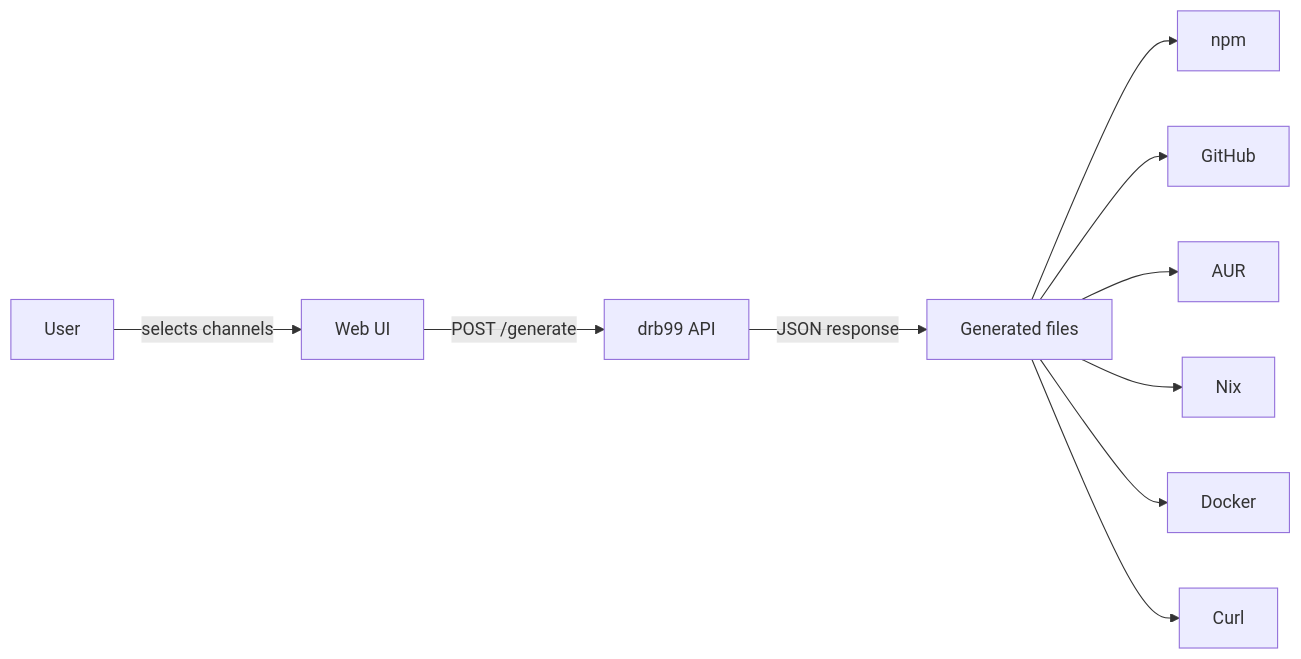
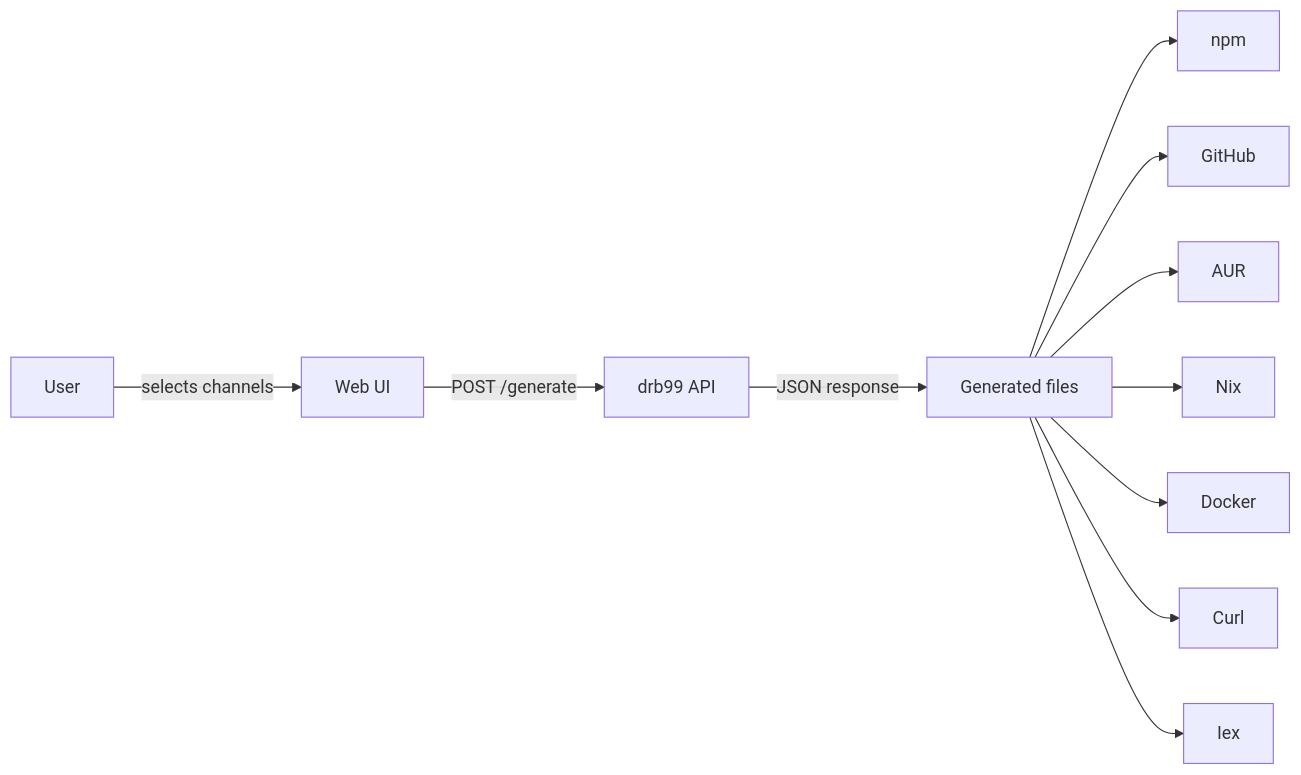
The diagram in README.md (bashnko/drb99), drawn with Mermaid before and after one commit. The commit also changed other lines of this file and 5 other files, not shown here.

````diff
--- a/README.md
+++ b/README.md
@@ -30,7 +31,7 @@
 ```mermaid
 flowchart LR
     User -->|selects channels| UI[Web UI]
     UI -->|POST /generate| API[drb99 API]
     API -->|JSON response| Files[Generated files]
-    Files --> npm & GitHub & AUR & Nix & Docker & Curl
+    Files --> npm & GitHub & AUR & Nix & Docker & Curl & Iex
 ```
````
